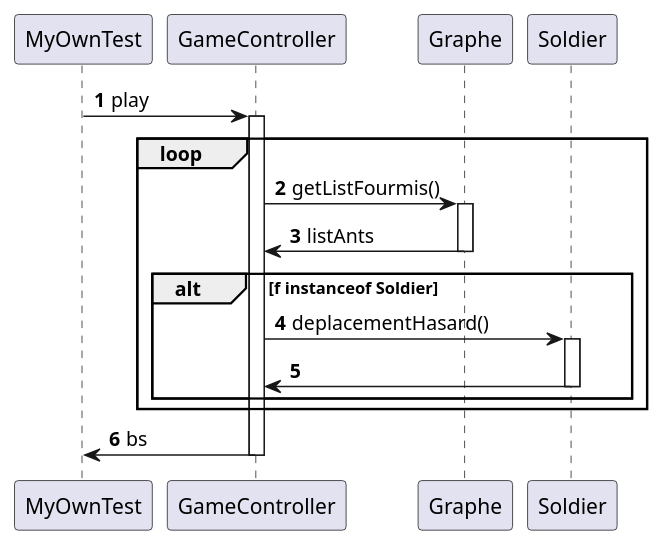
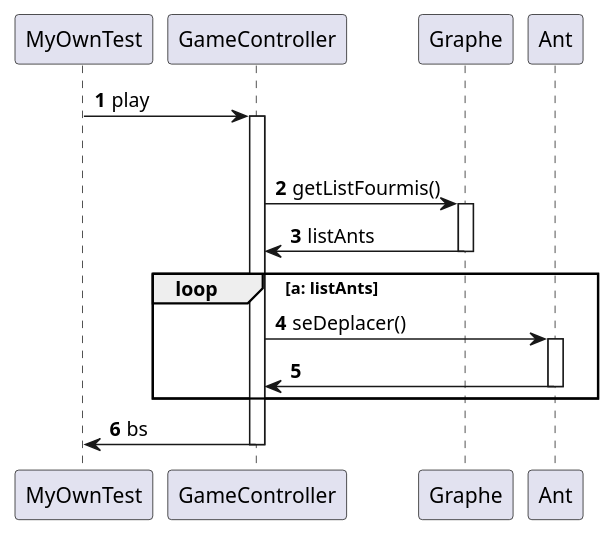
Before and after one commit to BaptisteWetterwald/dut-fourmis: the diagram in src/main/uml/v2/DS_Final_v2.puml, drawn with PlantUML. The commit also changed other lines of this file and 1 other file, not shown here.

```diff
--- a/src/main/uml/v2/DS_Final_v2.puml
+++ b/src/main/uml/v2/DS_Final_v2.puml
@@ -1,29 +1,25 @@
 @startuml
 'https://plantuml.com/sequence-diagram
 
 autonumber
 
 Participant MyOwnTest
 Participant GameController
 Participant Graphe
-Participant Soldier
+Participant Ant
 
 MyOwnTest -> GameController++ : play
 
 
-loop
+loop i=0 i<duration i++
 GameController -> Graphe++ : getListFourmis()
 Graphe -> GameController-- : listAnts
+loop a: listAnts
 
-alt f instanceof Soldier
-GameController -> Soldier++ : deplacementHasard()
-Soldier -> GameController-- :
+GameController -> Ant++ : seDeplacer()
+Ant -> GameController-- :
+
 end
-end
-
-
-
-
 
 GameController -> MyOwnTest-- : bs
 @enduml
```
